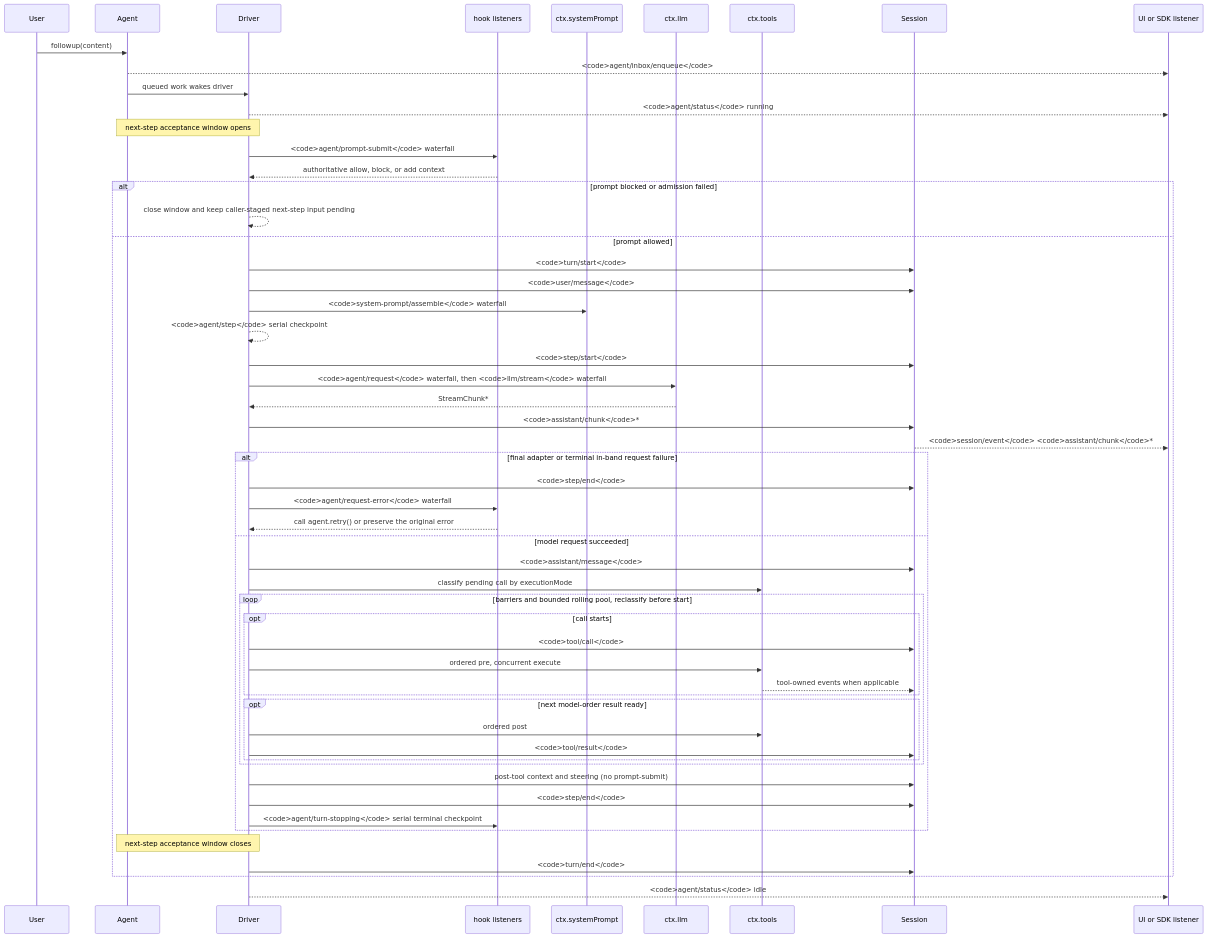
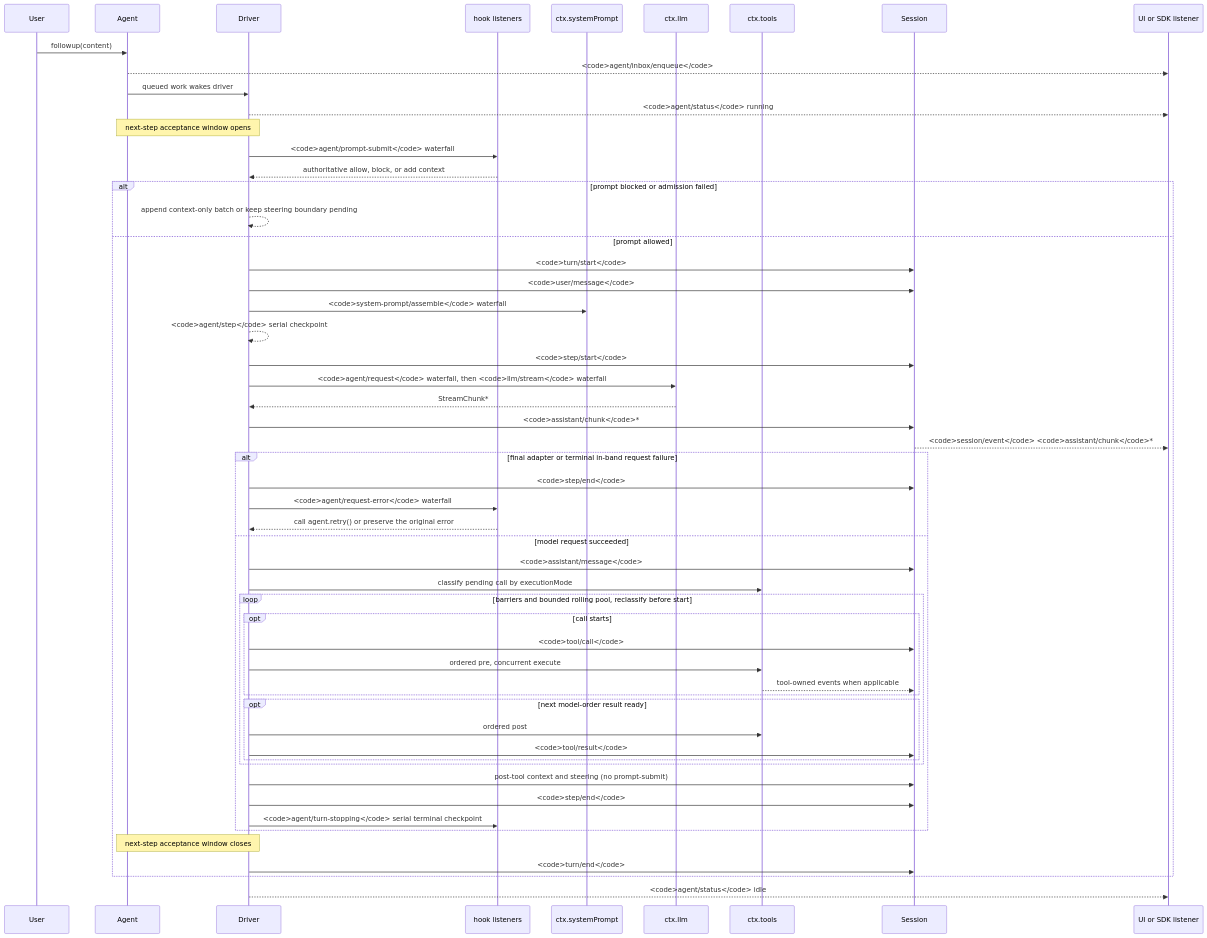
Before and after one commit to 007M7/DeepCode: the diagram in docs/agent-lifecycle.md, drawn with Mermaid. The commit also changed 26 other files, not shown here.

````diff
--- a/docs/agent-lifecycle.md
+++ b/docs/agent-lifecycle.md
@@ -8,57 +8,57 @@
 ```mermaid
 sequenceDiagram
   participant User
   participant Agent
   participant Driver
   participant Hooks as hook listeners
   participant Prompt as ctx.systemPrompt
   participant LLM as ctx.llm
   participant Tools as ctx.tools
   participant Session
   participant SDK as UI or SDK listener
   User->>Agent: followup(content)
   Agent-->>SDK: <code>agent/inbox/enqueue</code>
   Agent->>Driver: queued work wakes driver
   Driver-->>SDK: <code>agent/status</code> running
   Note over Agent,Driver: next-step acceptance window opens
   Driver->>Hooks: <code>agent/prompt-submit</code> waterfall
   Hooks-->>Driver: authoritative allow, block, or add context
   alt prompt blocked or admission failed
-    Driver-->>Driver: close window and keep caller-staged next-step input pending
+    Driver-->>Driver: append context-only batch or keep steering boundary pending
   else prompt allowed
   Driver->>Session: <code>turn/start</code>
   Driver->>Session: <code>user/message</code>
   Driver->>Prompt: <code>system-prompt/assemble</code> waterfall
   Driver-->>Driver: <code>agent/step</code> serial checkpoint
   Driver->>Session: <code>step/start</code>
   Driver->>LLM: <code>agent/request</code> waterfall, then <code>llm/stream</code> waterfall
   LLM-->>Driver: StreamChunk*
   Driver->>Session: <code>assistant/chunk</code>*
   Session-->>SDK: <code>session/event</code> <code>assistant/chunk</code>*
   alt final adapter or terminal in-band request failure
     Driver->>Session: <code>step/end</code>
     Driver->>Hooks: <code>agent/request-error</code> waterfall
     Hooks-->>Driver: call agent.retry() or preserve the original error
   else model request succeeded
   Driver->>Session: <code>assistant/message</code>
   Driver->>Tools: classify pending call by executionMode
   loop barriers and bounded rolling pool, reclassify before start
     opt call starts
       Driver->>Session: <code>tool/call</code>
       Driver->>Tools: ordered pre, concurrent execute
       Tools-->>Session: tool-owned events when applicable
     end
     opt next model-order result ready
       Driver->>Tools: ordered post
       Driver->>Session: <code>tool/result</code>
     end
   end
   Driver->>Session: post-tool context and steering (no prompt-submit)
   Driver->>Session: <code>step/end</code>
   Driver->>Hooks: <code>agent/turn-stopping</code> serial terminal checkpoint
   end
   Note over Agent,Driver: next-step acceptance window closes
   Driver->>Session: <code>turn/end</code>
   end
   Driver-->>SDK: <code>agent/status</code> idle
 ```
````
